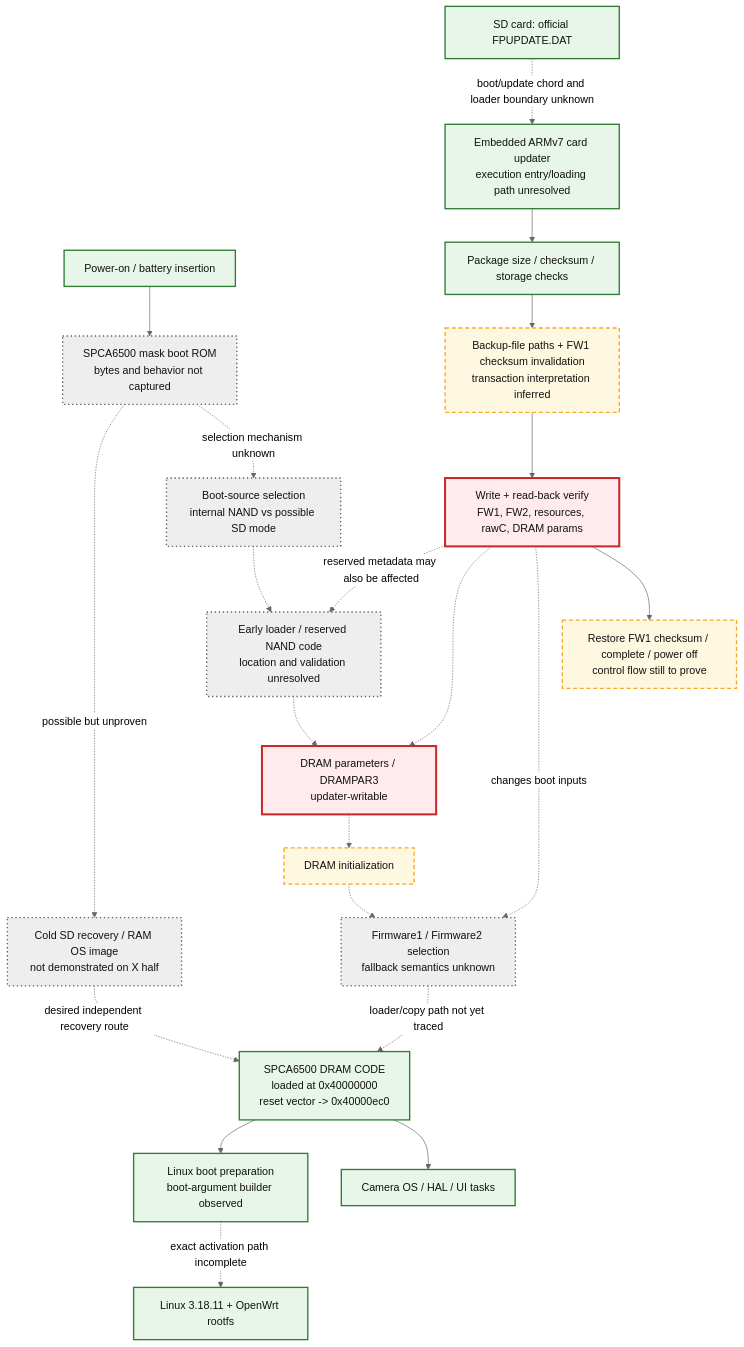
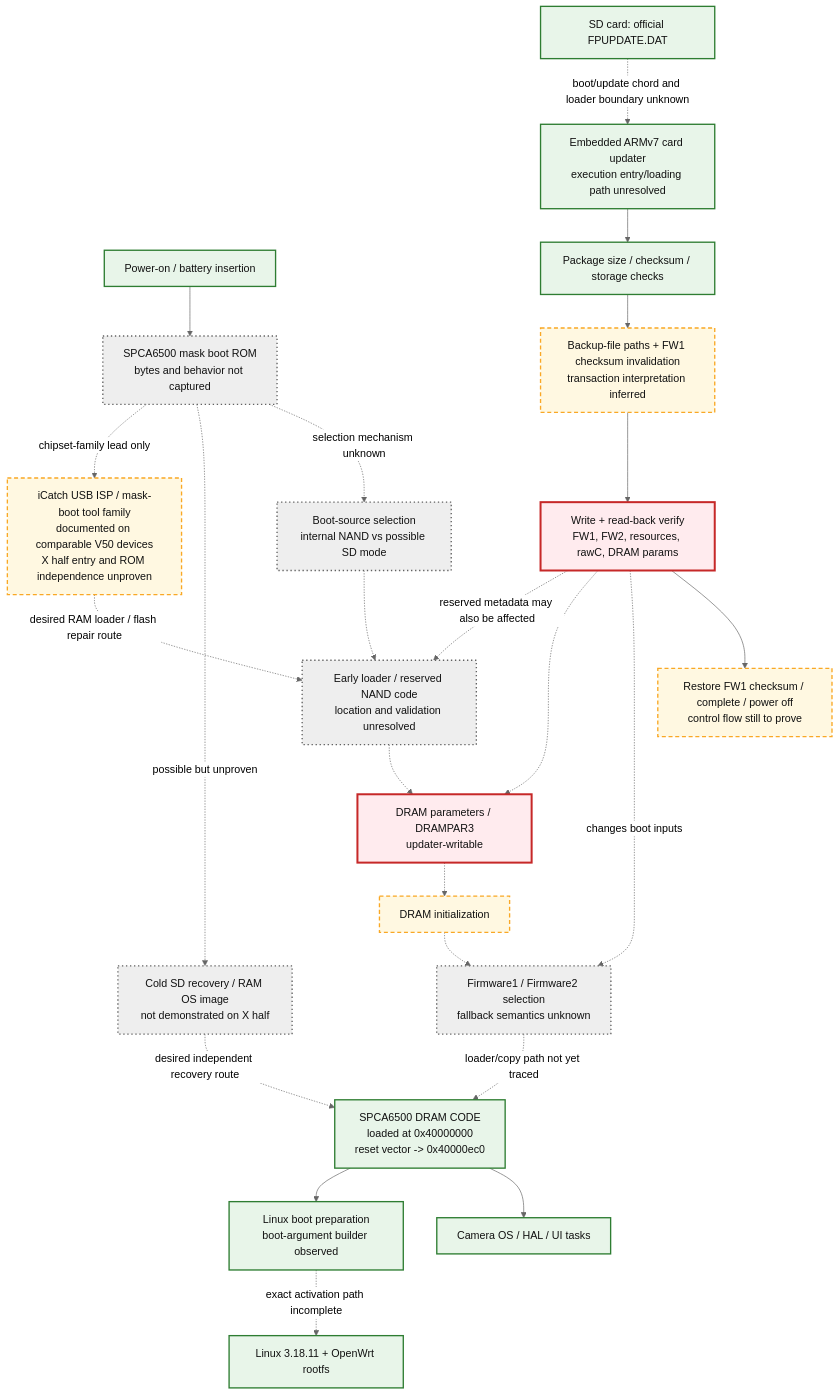
The second of 3 diagrams in analysis/hardware-and-boot-diagrams.md (yiweig/fujifilm-firmware-playground), drawn with Mermaid (neutral theme) before and after one commit. The commit also changed other lines of this file and 6 other files, not shown here.

````diff
--- a/analysis/hardware-and-boot-diagrams.md
+++ b/analysis/hardware-and-boot-diagrams.md
@@ -110,50 +110,54 @@
 ```mermaid
 flowchart TD
   classDef observed fill:#e8f5e9,stroke:#2e7d32,stroke-width:2px,color:#111;
   classDef inferred fill:#fff8e1,stroke:#f9a825,stroke-width:2px,stroke-dasharray:6 4,color:#111;
   classDef unknown fill:#eeeeee,stroke:#616161,stroke-width:2px,stroke-dasharray:2 4,color:#111;
   classDef critical fill:#ffebee,stroke:#c62828,stroke-width:3px,color:#111;
 
   power["Power-on / battery insertion"]:::observed
   rom["SPCA6500 mask boot ROM<br/>bytes and behavior not captured"]:::unknown
   source["Boot-source selection<br/>internal NAND vs possible SD mode"]:::unknown
   early["Early loader / reserved NAND code<br/>location and validation unresolved"]:::unknown
   dramparam["DRAM parameters / DRAMPAR3<br/>updater-writable"]:::critical
   draminit["DRAM initialization"]:::inferred
   choose["Firmware1 / Firmware2 selection<br/>fallback semantics unknown"]:::unknown
   main["SPCA6500 DRAM CODE<br/>loaded at 0x40000000<br/>reset vector -> 0x40000ec0"]:::observed
   camera["Camera OS / HAL / UI tasks"]:::observed
   linuxboot["Linux boot preparation<br/>boot-argument builder observed"]:::observed
   linux["Linux 3.18.11 + OpenWrt rootfs"]:::observed
 
   power --> rom
   rom -. "selection mechanism unknown" .-> source
   source -.-> early
   early -.-> dramparam
   dramparam -.-> draminit
   draminit -.-> choose
   choose -. "loader/copy path not yet traced" .-> main
   main --> camera
   main --> linuxboot
   linuxboot -. "exact activation path incomplete" .-> linux
 
   updatecard["SD card: official FPUPDATE.DAT"]:::observed
   updater["Embedded ARMv7 card updater<br/>execution entry/loading path unresolved"]:::observed
   checks["Package size / checksum / storage checks"]:::observed
   backup["Backup-file paths + FW1 checksum invalidation<br/>transaction interpretation inferred"]:::inferred
   writes["Write + read-back verify<br/>FW1, FW2, resources, rawC, DRAM params"]:::critical
   finish["Restore FW1 checksum / complete / power off<br/>control flow still to prove"]:::inferred
 
   updatecard -. "boot/update chord and loader boundary unknown" .-> updater
   updater --> checks
   checks --> backup
   backup --> writes
   writes --> finish
   writes -. "changes boot inputs" .-> choose
   writes -.-> dramparam
   writes -. "reserved metadata may also be affected" .-> early
 
   sdrecovery["Cold SD recovery / RAM OS image<br/>not demonstrated on X half"]:::unknown
   rom -. "possible but unproven" .-> sdrecovery
   sdrecovery -. "desired independent recovery route" .-> main
+
+  usbisp["iCatch USB ISP / mask-boot tool family<br/>documented on comparable V50 devices<br/>X half entry and ROM independence unproven"]:::inferred
+  rom -. "chipset-family lead only" .-> usbisp
+  usbisp -. "desired RAM loader / flash repair route" .-> early
 ```
````
